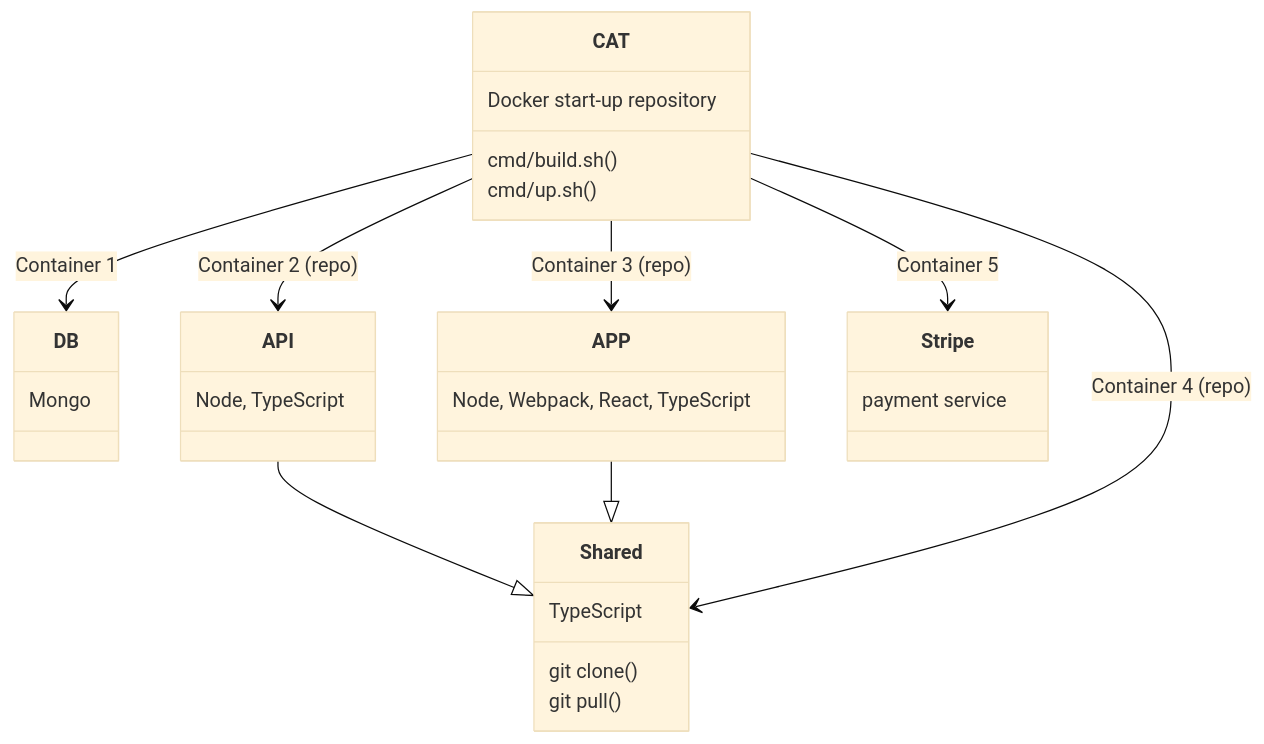
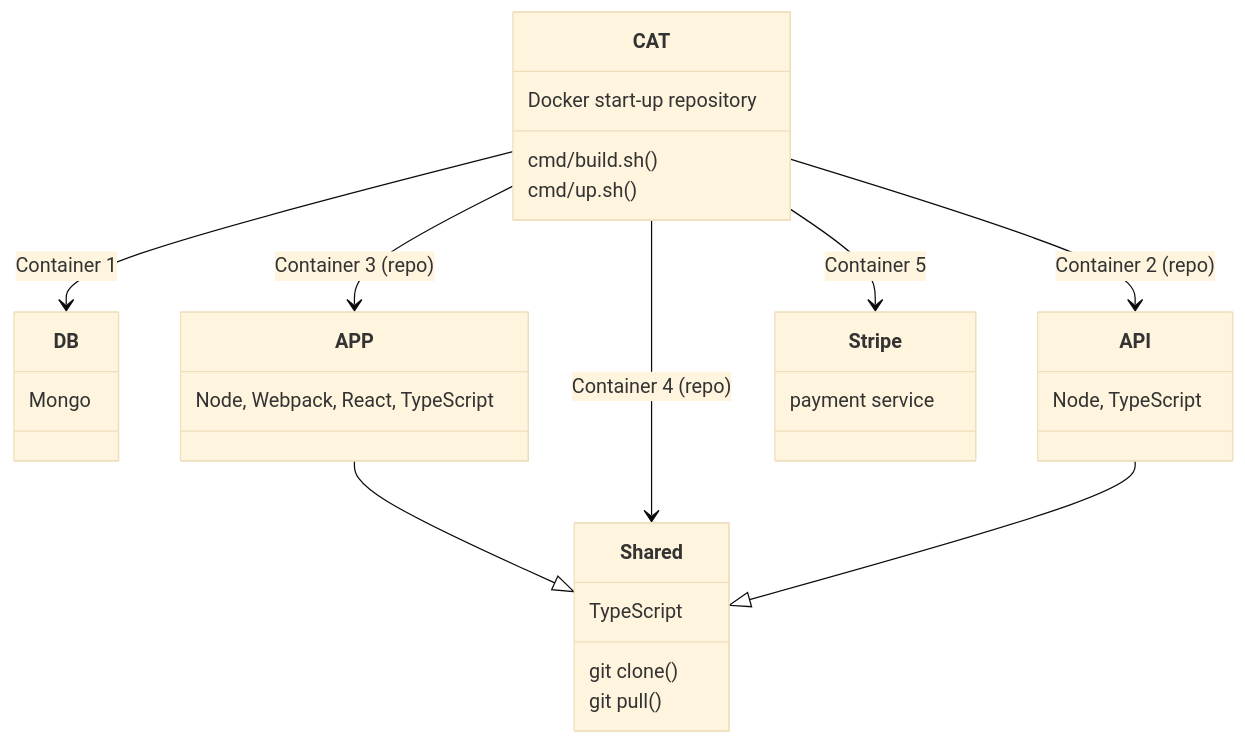
One commit to Karmello/cat-start changed the diagram in README.md. Above: the diagram before and after it, drawn with Mermaid (base theme). The commit also changed other lines of this file, not shown here.

````diff
--- a/README.md
+++ b/README.md
@@ -8,20 +8,20 @@
 ```mermaid
 classDiagram
 CAT : Docker start-up repository
 CAT: cmd/build.sh()
 CAT: cmd/up.sh()
 DB: Mongo
 API: Node, TypeScript
 APP: Node, Webpack, React, TypeScript
 Shared: TypeScript
 Shared: git clone()
 Shared: git pull()
 Stripe: payment service
 CAT --> DB : Container 1
 CAT --> API : Container 2 (repo)
 CAT --> APP : Container 3 (repo)
-API --|> Shared
 APP --|> Shared
 CAT --> Shared : Container 4 (repo)
 CAT --> Stripe : Container 5
+API --|> Shared
 ```
````
